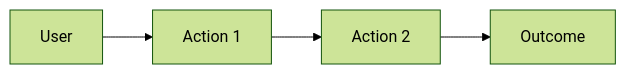
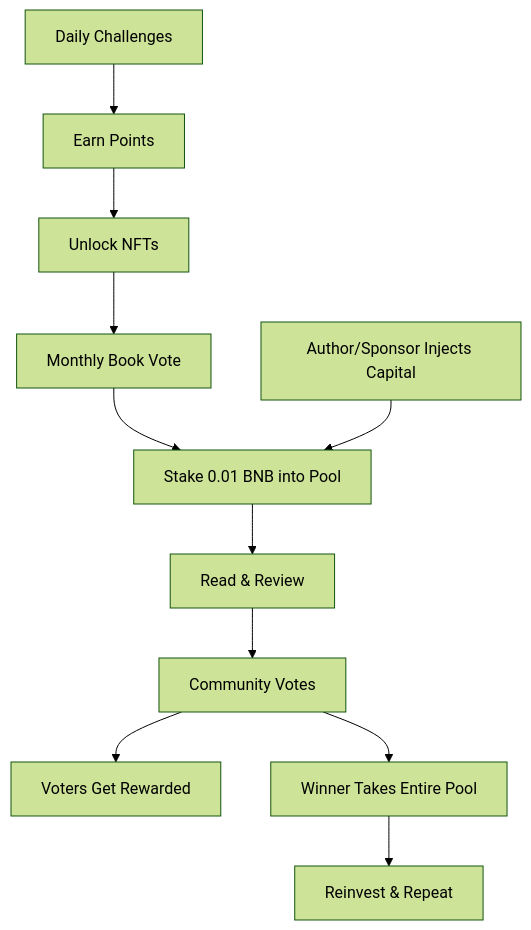
Before and after one commit to Heeral03/SquadBNB: the diagram in docs/PROJECT.md, drawn with Mermaid (forest theme). The commit also changed other lines of this file, not shown here.

````diff
--- a/docs/PROJECT.md
+++ b/docs/PROJECT.md
@@ -25,6 +102,13 @@
 ```mermaid
-flowchart LR
-    A[User] --> B[Action 1]
-    B --> C[Action 2]
-    C --> D[Outcome]
+flowchart TD
+    A[Daily Challenges] --> B[Earn Points]
+    B --> C[Unlock NFTs]
+    C --> D[Monthly Book Vote]
+    D --> E[Stake 0.01 BNB into Pool]
+    F[Author/Sponsor Injects Capital] --> E
+    E --> G[Read & Review]
+    G --> H[Community Votes]
+    H --> I[Voters Get Rewarded]
+    H --> J[Winner Takes Entire Pool]
+    J --> K[Reinvest & Repeat]
 ```
````
